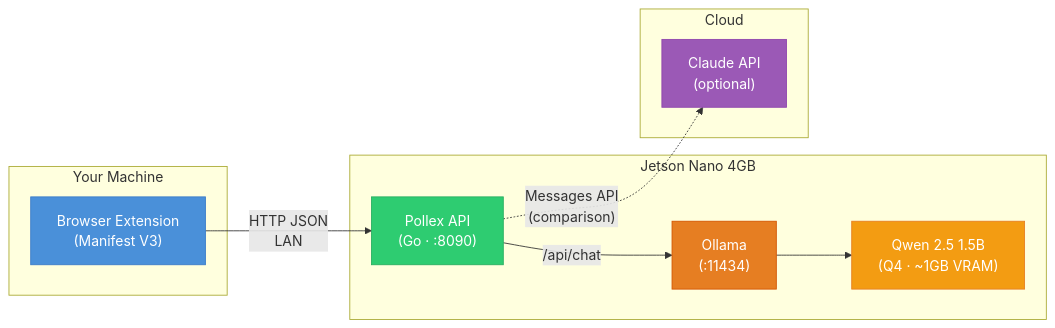
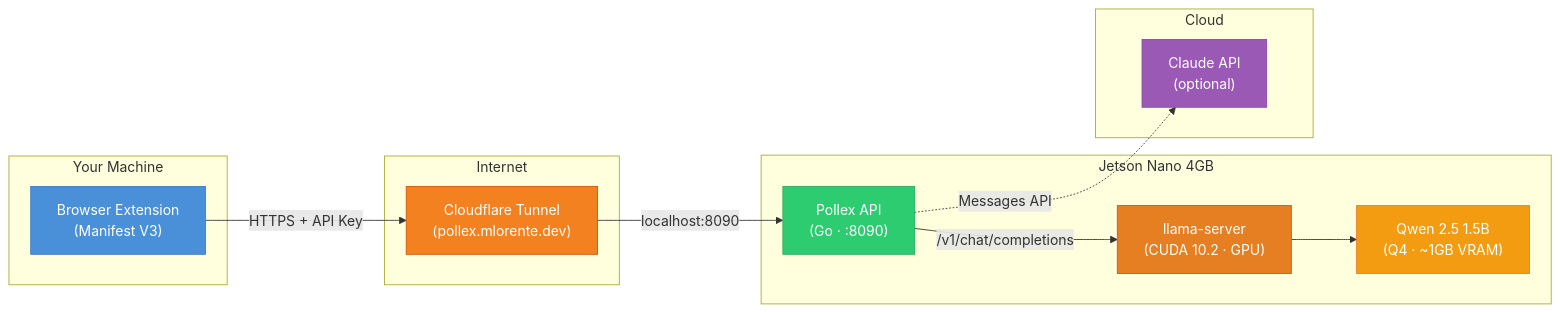
The first of 2 diagrams in README.md (mlorentedev/pollex), drawn with Mermaid before and after one commit. The commit also changed other lines of this file and 16 other files, not shown here.

````diff
--- a/README.md
+++ b/README.md
@@ -7,27 +9,33 @@
 ```mermaid
 graph LR
     subgraph Your Machine
         EXT["Browser Extension<br/>(Manifest V3)"]
     end
 
+    subgraph Internet
+        CF["Cloudflare Tunnel<br/>(pollex.mlorente.dev)"]
+    end
+
     subgraph Jetson Nano 4GB
         API["Pollex API<br/>(Go · :8090)"]
-        OLL["Ollama<br/>(:11434)"]
+        LLAMA["llama-server<br/>(CUDA 10.2 · GPU)"]
         MODEL["Qwen 2.5 1.5B<br/>(Q4 · ~1GB VRAM)"]
     end
 
     subgraph Cloud
         CLAUDE["Claude API<br/>(optional)"]
     end
 
-    EXT -- "HTTP JSON<br/>LAN" --> API
-    API -- "/api/chat" --> OLL
-    OLL --> MODEL
-    API -. "Messages API<br/>(comparison)" .-> CLAUDE
+    EXT -- "HTTPS + API Key" --> CF
+    CF -- "localhost:8090" --> API
+    API -- "/v1/chat/completions" --> LLAMA
+    LLAMA --> MODEL
+    API -. "Messages API" .-> CLAUDE
 
     style EXT fill:#4a90d9,stroke:#3a7bc8,color:#fff
+    style CF fill:#f48120,stroke:#d35400,color:#fff
     style API fill:#2ecc71,stroke:#27ae60,color:#fff
-    style OLL fill:#e67e22,stroke:#d35400,color:#fff
+    style LLAMA fill:#e67e22,stroke:#d35400,color:#fff
     style MODEL fill:#f39c12,stroke:#e67e22,color:#fff
     style CLAUDE fill:#9b59b6,stroke:#8e44ad,color:#fff
 ```
````
